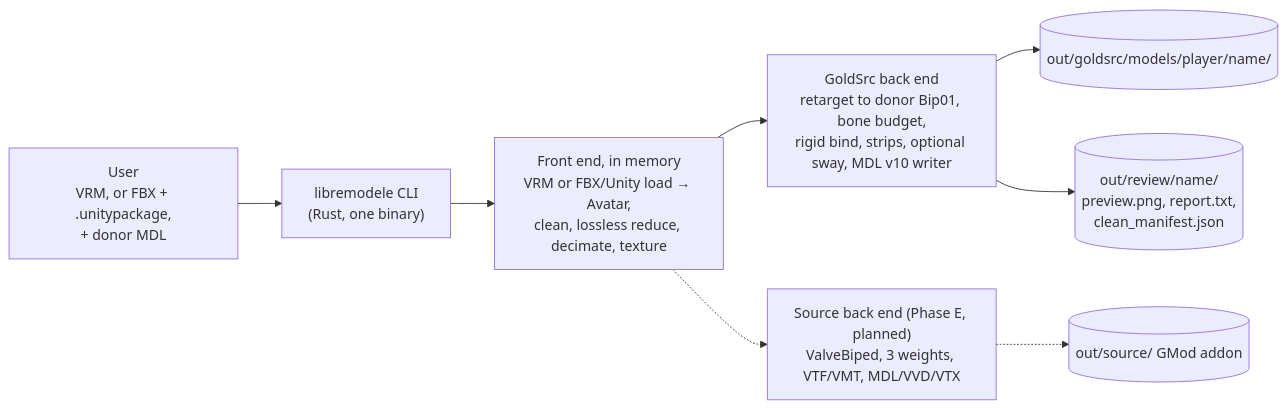
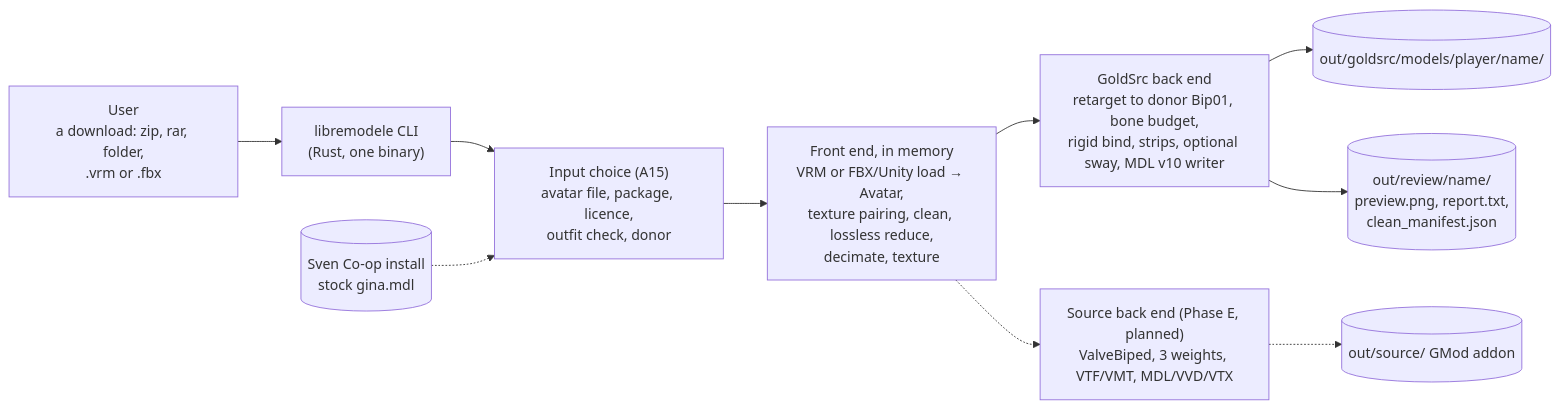
One commit to kritzerenkrieg/libremodele changed the diagram in ARCHITECTURE.md. Above: the diagram before and after it, drawn with Mermaid. The commit also changed other lines of this file and 9 other files, not shown here.

First line of the commit message:
Repose, upright torso, keep-polygons, finger grip (G24–G27); architecture for A15

````diff
--- a/ARCHITECTURE.md
+++ b/ARCHITECTURE.md
@@ -7,10 +7,12 @@
 ```mermaid
 flowchart LR
-    User["User<br/>VRM, or FBX + .unitypackage,<br/>+ donor MDL"] --> Cli["libremodele CLI<br/>(Rust, one binary)"]
-    Cli --> Front["Front end, in memory<br/>VRM or FBX/Unity load → Avatar,<br/>clean, lossless reduce, decimate, texture"]
+    User["User<br/>a download: zip, rar, folder,<br/>.vrm or .fbx"] --> Cli["libremodele CLI<br/>(Rust, one binary)"]
+    Cli --> Choose["Input choice (A15)<br/>avatar file, package, licence,<br/>outfit check, donor"]
+    Choose --> Front["Front end, in memory<br/>VRM or FBX/Unity load → Avatar,<br/>texture pairing, clean, lossless reduce,<br/>decimate, texture"]
+    Steam[("Sven Co-op install<br/>stock gina.mdl")] -.-> Choose
     Front --> Gold["GoldSrc back end<br/>retarget to donor Bip01, bone budget,<br/>rigid bind, strips, optional sway, MDL v10 writer"]
     Front -.-> Src["Source back end (Phase E, planned)<br/>ValveBiped, 3 weights, VTF/VMT, MDL/VVD/VTX"]
     Gold --> OutGold[("out/goldsrc/models/player/name/")]
     Gold --> Review[("out/review/name/<br/>preview.png, report.txt,<br/>clean_manifest.json")]
     Src -.-> OutSrc[("out/source/ GMod addon")]
 ```
````
